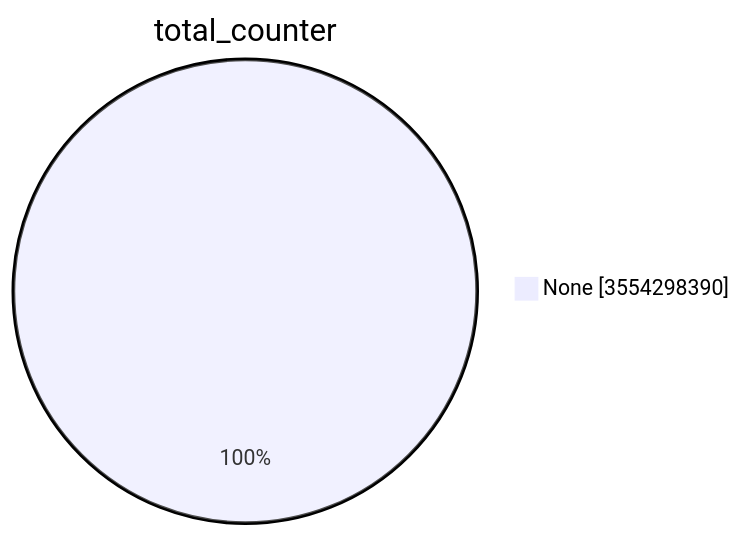
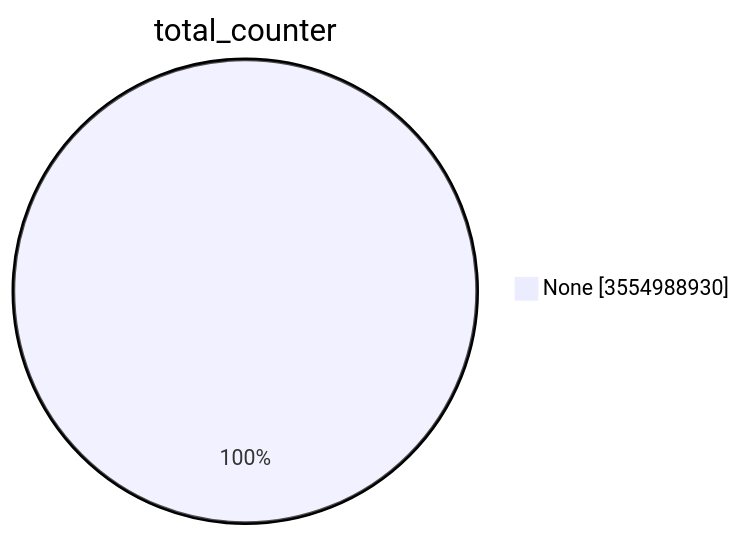
The first of 15 diagrams in TOTAL/README.md (christiankrug/ctmonitor_visualization), drawn with Mermaid before and after one commit. The commit also changed other lines of this file, not shown here.

````diff
--- a/TOTAL/README.md
+++ b/TOTAL/README.md
@@ -1,5 +1,5 @@
 ```mermaid
 pie showData
 title total_counter
-"None" :3554298390
+"None" :3554988930
 ```
````
